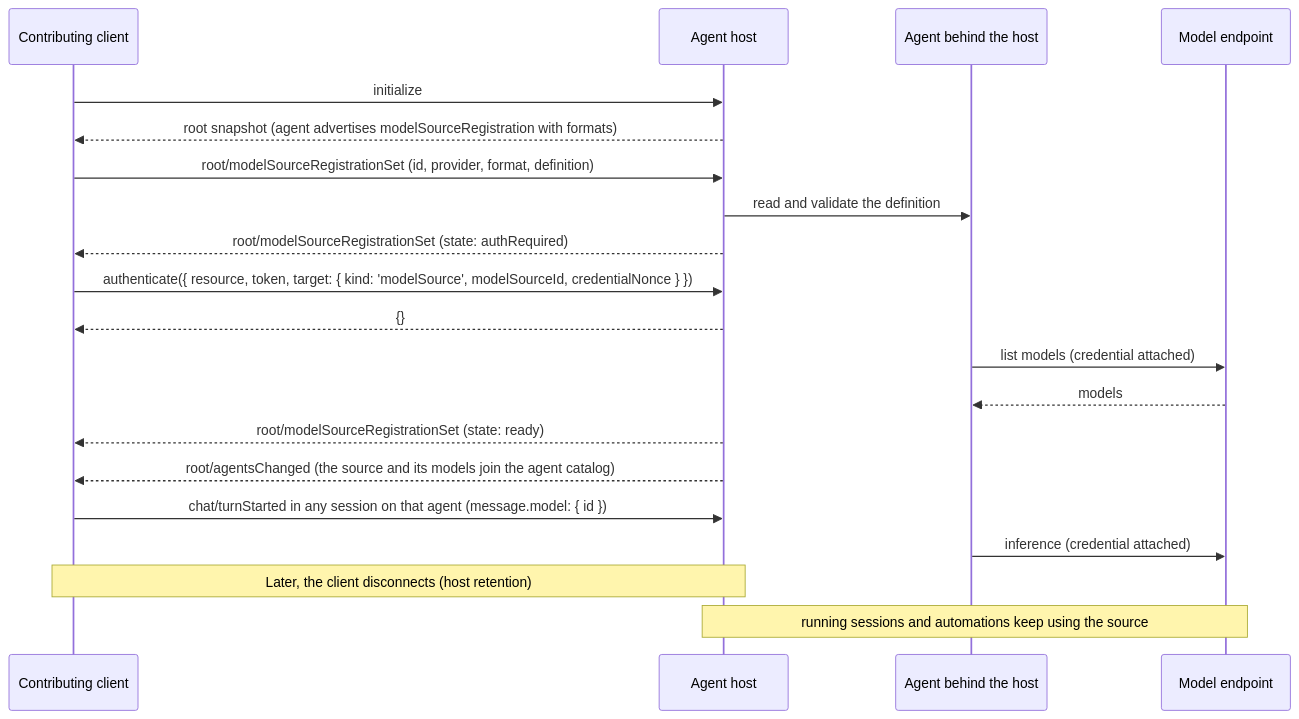
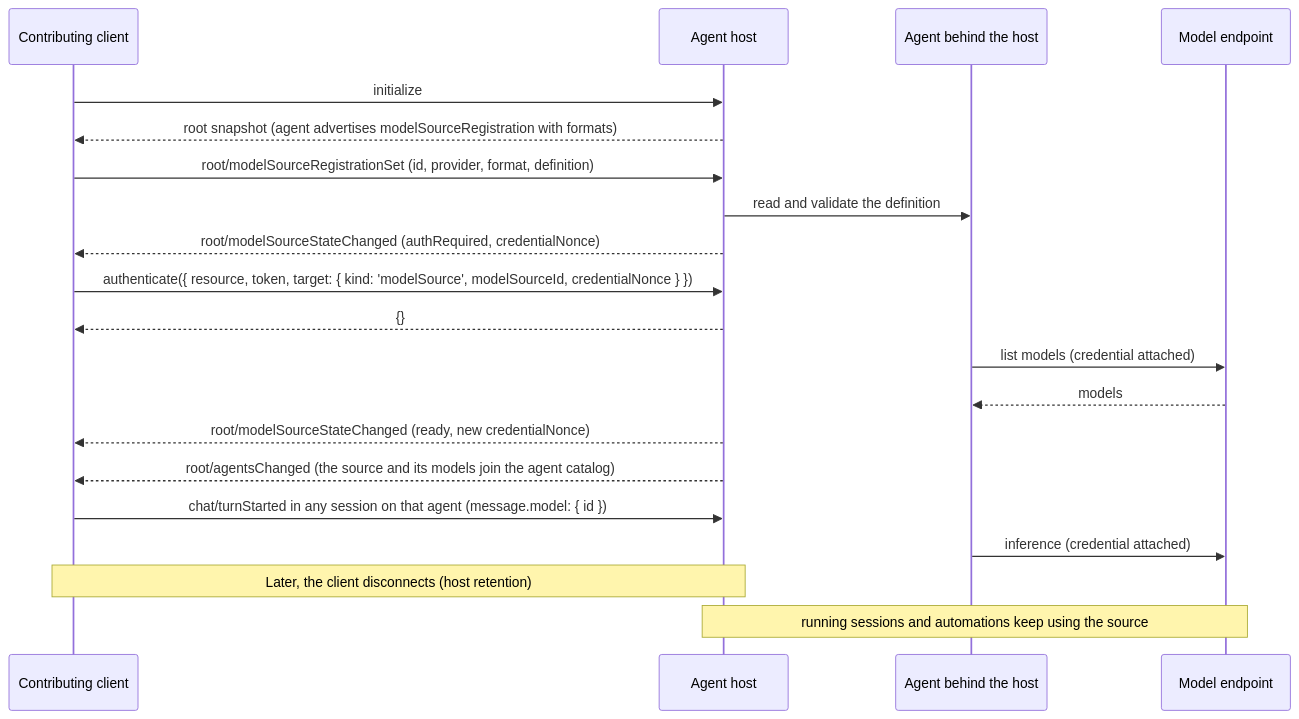
The second of 2 diagrams in docs/proposals/model-source-registry.md (microsoft/agent-host-protocol), drawn with Mermaid before and after one commit. The commit also changed other lines of this file, not shown here.

````diff
--- a/docs/proposals/model-source-registry.md
+++ b/docs/proposals/model-source-registry.md
@@ -476,27 +490,27 @@
 ```mermaid
 sequenceDiagram
     participant C as Contributing client
     participant H as Agent host
     participant A as Agent behind the host
     participant E as Model endpoint
 
     C->>H: initialize
     H-->>C: root snapshot (agent advertises modelSourceRegistration with formats)
 
     C->>H: root/modelSourceRegistrationSet (id, provider, format, definition)
     H->>A: read and validate the definition
-    H-->>C: root/modelSourceRegistrationSet (state: authRequired)
+    H-->>C: root/modelSourceStateChanged (authRequired, credentialNonce)
 
     C->>H: authenticate({ resource, token, target: { kind: 'modelSource', modelSourceId, credentialNonce } })
     H-->>C: {}
     A->>E: list models (credential attached)
     E-->>A: models
-    H-->>C: root/modelSourceRegistrationSet (state: ready)
+    H-->>C: root/modelSourceStateChanged (ready, new credentialNonce)
     H-->>C: root/agentsChanged (the source and its models join the agent catalog)
 
     C->>H: chat/turnStarted in any session on that agent (message.model: { id })
     A->>E: inference (credential attached)
 
     Note over C,H: Later, the client disconnects (host retention)
     Note over H,E: running sessions and automations keep using the source
 ```
````
